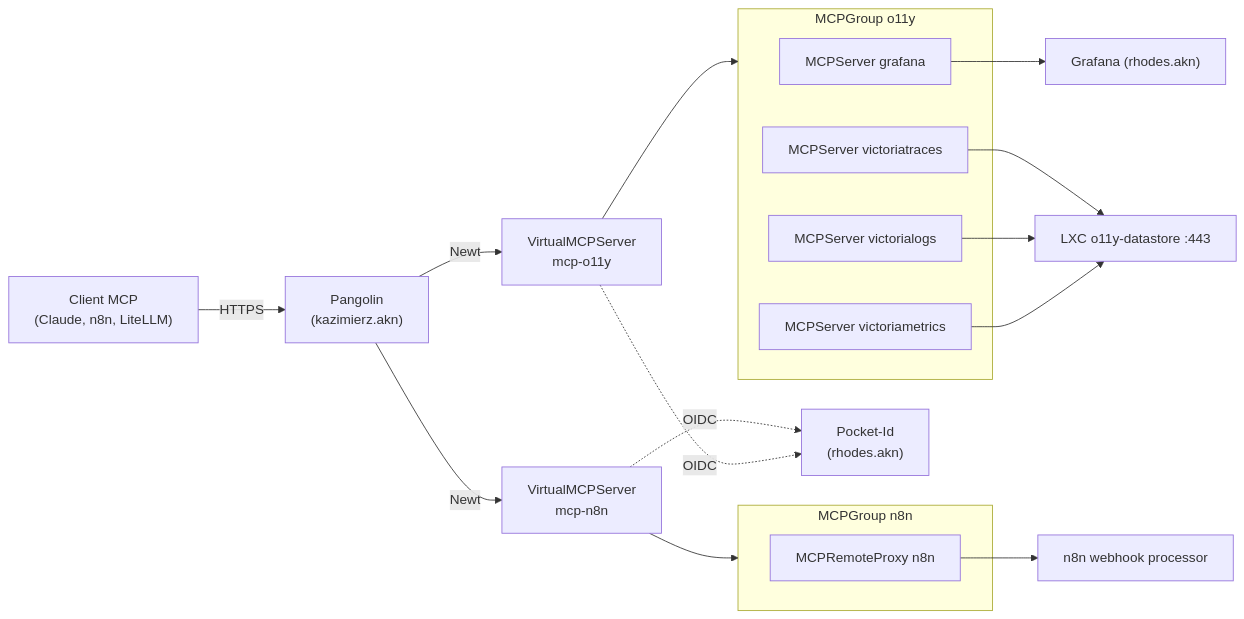
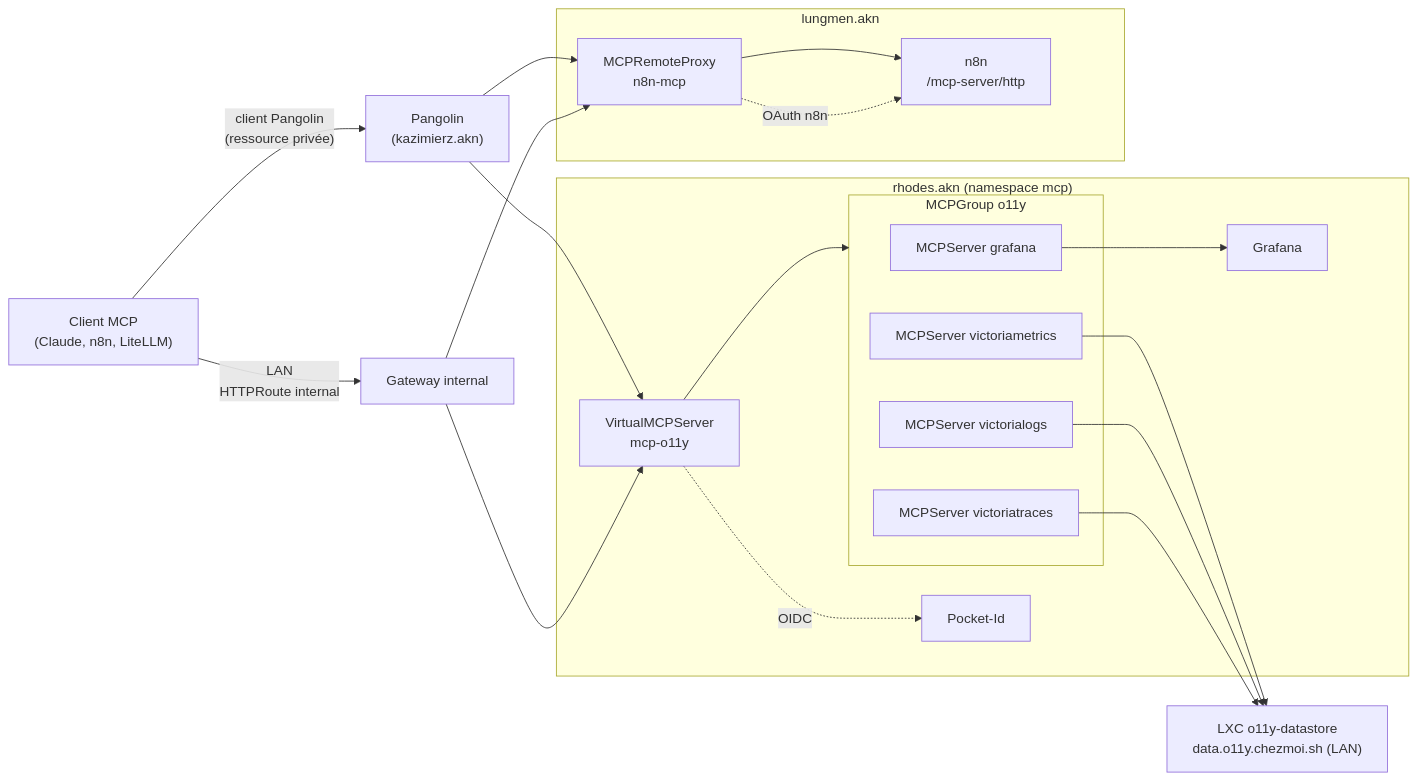
Before and after one commit to chezmoidotsh/arcane: the diagram in docs/decisions/ADR-019-ToolHive-pour-Gerer-les-Serveurs-MCP.md, drawn with Mermaid. The commit also changed other lines of this file, not shown here.

First line of the commit message:
@[project:rhodes.akn,project:lungmen.akn]: Align ADR-019 with the MCP implementation

````diff
--- a/docs/decisions/ADR-019-ToolHive-pour-Gerer-les-Serveurs-MCP.md
+++ b/docs/decisions/ADR-019-ToolHive-pour-Gerer-les-Serveurs-MCP.md
@@ -167,22 +168,31 @@
 ```mermaid
 flowchart LR
-  client["Client MCP<br/>(Claude, n8n, LiteLLM)"] -->|HTTPS| pangolin["Pangolin<br/>(kazimierz.akn)"]
-  pangolin -->|Newt| vmcpO11y["VirtualMCPServer<br/>mcp-o11y"]
-  pangolin -->|Newt| vmcpN8n["VirtualMCPServer<br/>mcp-n8n"]
-  vmcpO11y -. OIDC .-> pocketid["Pocket-Id<br/>(rhodes.akn)"]
-  vmcpN8n -. OIDC .-> pocketid
-  subgraph o11y["MCPGroup o11y"]
-    grafana["MCPServer grafana"]
-    vm["MCPServer victoriametrics"]
-    vl["MCPServer victorialogs"]
-    vt["MCPServer victoriatraces"]
+  client["Client MCP<br/>(Claude, n8n, LiteLLM)"]
+  client -->|"client Pangolin<br/>(ressource privée)"| pangolin["Pangolin<br/>(kazimierz.akn)"]
+  client -->|"LAN<br/>HTTPRoute internal"| gateway["Gateway internal"]
+  pangolin --> vmcpO11y
+  pangolin --> n8nproxy
+  gateway --> vmcpO11y
+  gateway --> n8nproxy
+  subgraph rhodes["rhodes.akn (namespace mcp)"]
+    vmcpO11y["VirtualMCPServer<br/>mcp-o11y"]
+    pocketid["Pocket-Id"]
+    grafanaApp["Grafana"]
+    subgraph o11y["MCPGroup o11y"]
+      grafana["MCPServer grafana"]
+      vm["MCPServer victoriametrics"]
+      vl["MCPServer victorialogs"]
+      vt["MCPServer victoriatraces"]
+    end
+    vmcpO11y --> o11y
+    vmcpO11y -. OIDC .-> pocketid
+    grafana --> grafanaApp
   end
-  subgraph n8n["MCPGroup n8n"]
-    n8nproxy["MCPRemoteProxy n8n"]
+  subgraph lungmen["lungmen.akn"]
+    n8nproxy["MCPRemoteProxy<br/>n8n-mcp"]
+    n8nApp["n8n<br/>/mcp-server/http"]
+    n8nproxy --> n8nApp
+    n8nproxy -. "OAuth n8n" .-> n8nApp
   end
-  vmcpO11y --> o11y
-  vmcpN8n --> n8n
-  n8nproxy --> webhook["n8n webhook processor"]
-  grafana --> grafanaApp["Grafana (rhodes.akn)"]
-  vm & vl & vt --> lxc["LXC o11y-datastore :443"]
+  vm & vl & vt --> lxc["LXC o11y-datastore<br/>data.o11y.chezmoi.sh (LAN)"]
 ```
````
